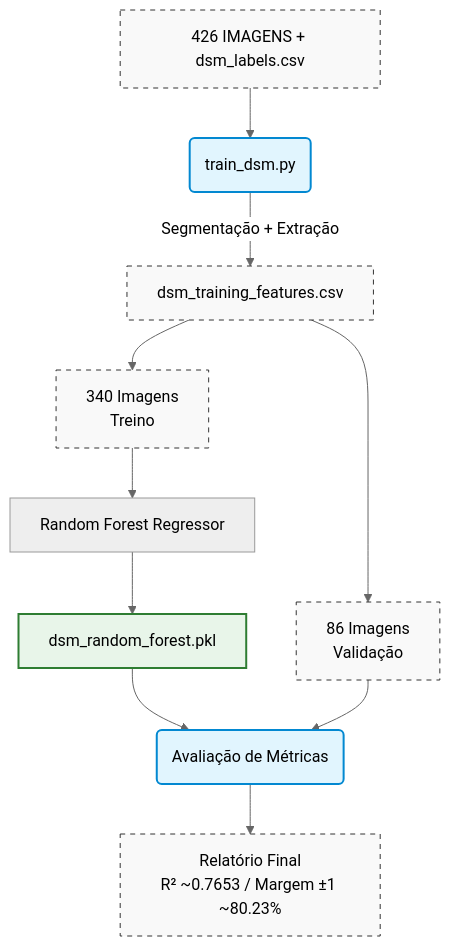
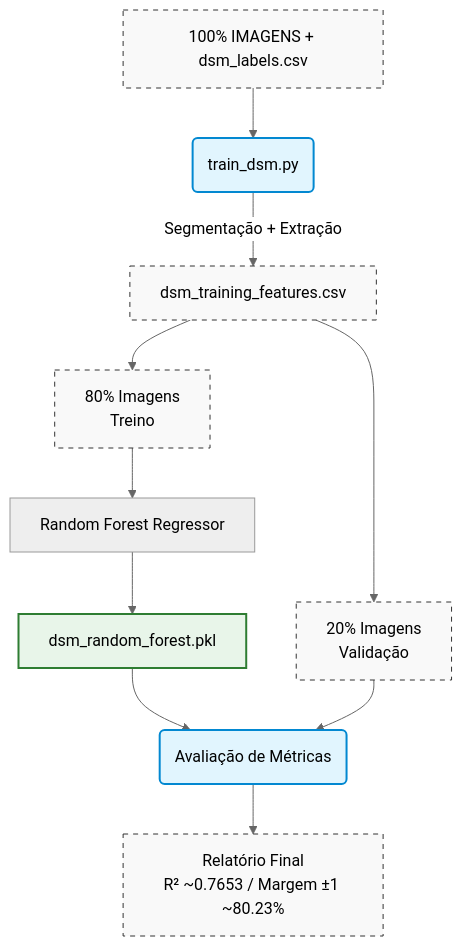
One commit to glenjasper/colovo changed the second of 3 diagrams in README.md. Above: the diagram before and after it, drawn with Mermaid (neutral theme). The commit also changed other lines of this file, not shown here.

````diff
--- a/README.md
+++ b/README.md
@@ -113,23 +31,23 @@
 ```mermaid
 graph TD
     classDef files fill:#f9f9f9,stroke:#333,stroke-width:1px,stroke-dasharray: 5 5;
     classDef scripts fill:#e1f5fe,stroke:#0288d1,stroke-width:2px;
     classDef models fill:#e8f5e9,stroke:#2e7d32,stroke-width:2px;
 
-    A[426 IMAGENS + dsm_labels.csv] --> B(train_dsm.py)
+    A[100% IMAGENS + dsm_labels.csv] --> B(train_dsm.py)
     B -->|Segmentação + Extração| C[dsm_training_features.csv]
     
-    C --> D1[340 Imagens<br>Treino]
-    C --> D2[86 Imagens<br>Validação]
+    C --> D1[80% Imagens<br>Treino]
+    C --> D2[20% Imagens<br>Validação]
     
     D1 --> E[Random Forest Regressor]
     E --> F[dsm_random_forest.pkl]
     
     F --> G(Avaliação de Métricas)
     D2 --> G
     G --> H[Relatório Final<br>R² ~0.7653 / Margem ±1 ~80.23%]
 
     class A,C,D1,D2,H files;
     class B,G scripts;
     class F models;
 ```
````
